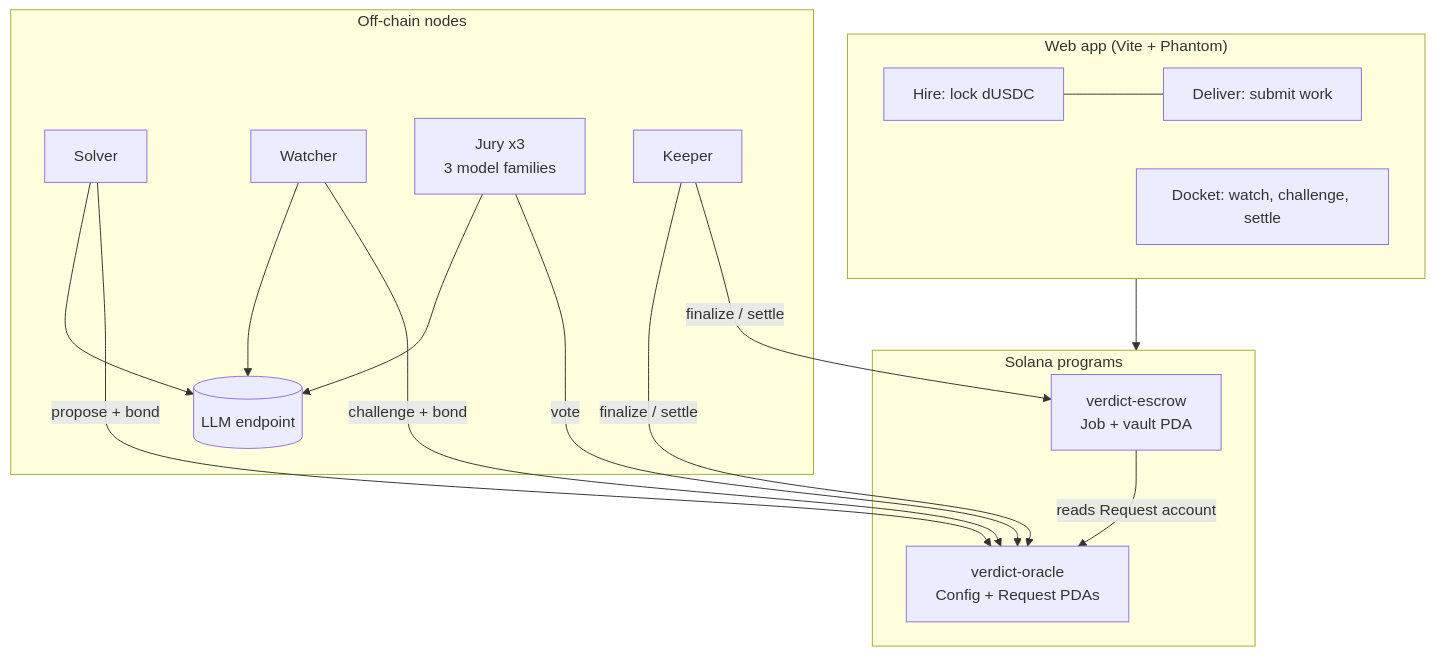
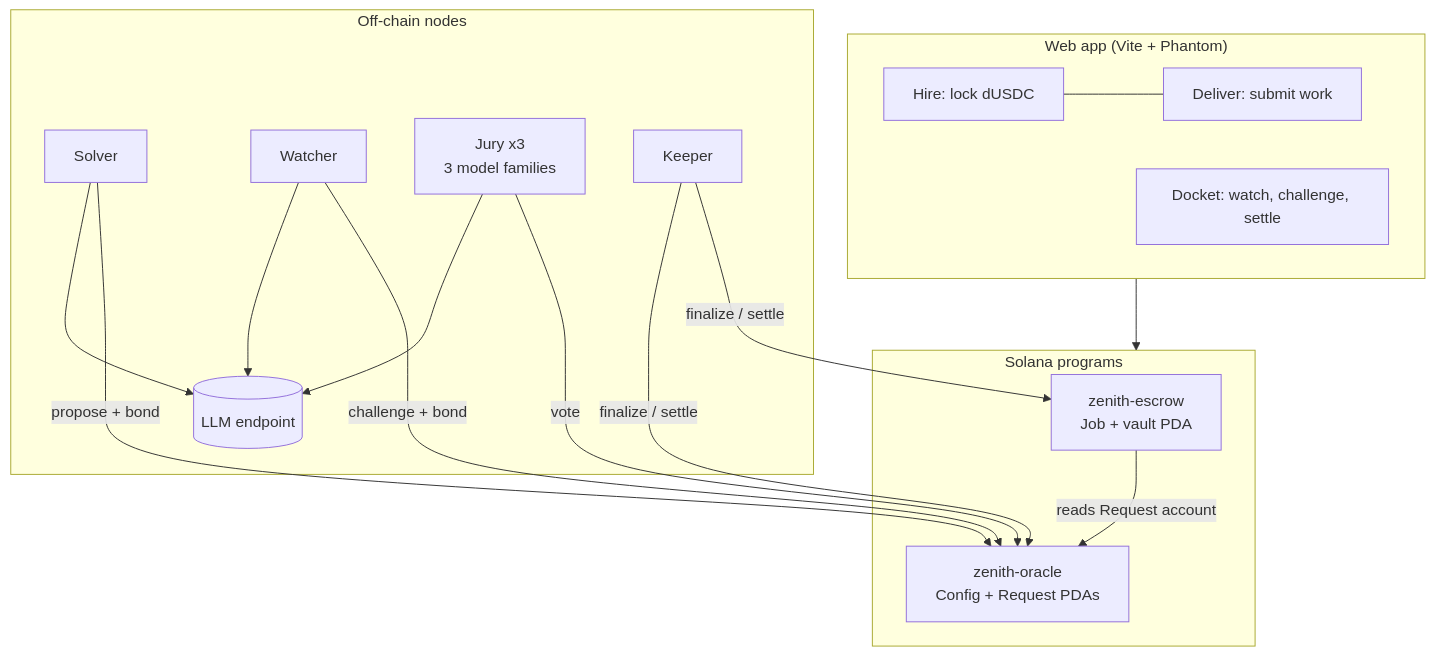
Before and after one commit to ahmardchain/zenith: the first of 2 diagrams in README.md, drawn with Mermaid. The commit also changed other lines of this file and 19 other files, not shown here.

````diff
--- a/README.md
+++ b/README.md
@@ -125,23 +125,23 @@
 ```mermaid
 flowchart TB
   subgraph UI["Web app (Vite + Phantom)"]
     A[Hire: lock dUSDC] --- B[Deliver: submit work]
     C[Docket: watch, challenge, settle]
   end
   subgraph Chain["Solana programs"]
-    E[verdict-escrow<br/>Job + vault PDA]
-    O[verdict-oracle<br/>Config + Request PDAs]
+    E[zenith-escrow<br/>Job + vault PDA]
+    O[zenith-oracle<br/>Config + Request PDAs]
     E -- reads Request account --> O
   end
   subgraph Nodes["Off-chain nodes"]
     S[Solver] --> L[(LLM endpoint)]
     W[Watcher] --> L
     J[Jury x3<br/>3 model families] --> L
     K[Keeper]
   end
   UI --> Chain
   S -- propose + bond --> O
   W -- challenge + bond --> O
   J -- vote --> O
   K -- finalize / settle --> O & E
 ```
````
